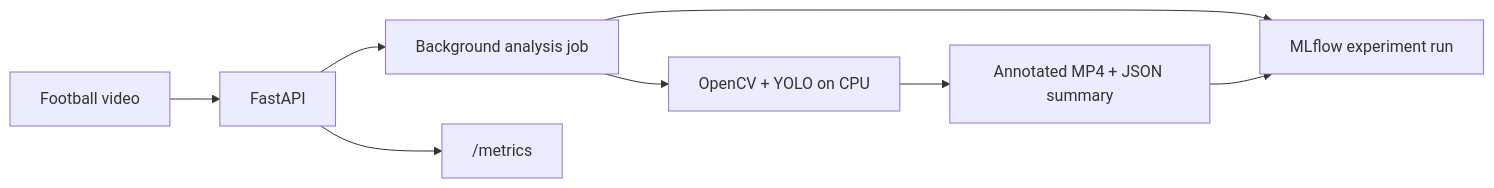
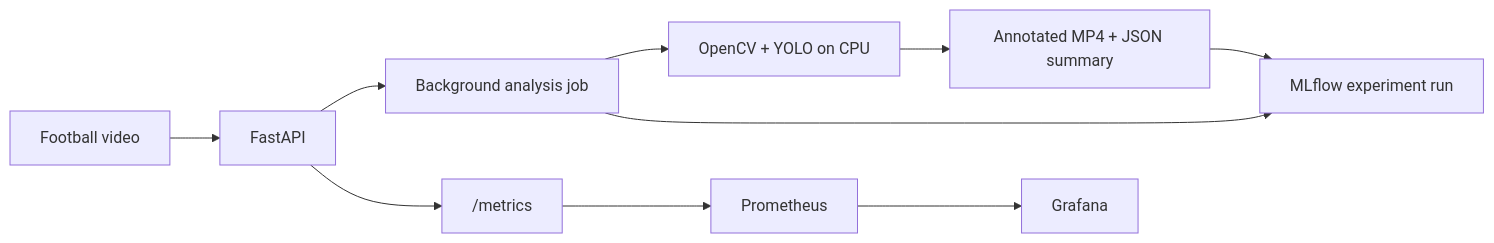
The diagram in README.md (farah-ben-harb/footballmatch-ai-platform-mlops), drawn with Mermaid before and after one commit. The commit also changed other lines of this file and 11 other files, not shown here.

First line of the commit message:
feat(obs): add lightweight Prometheus and Grafana (#20)

````diff
--- a/README.md
+++ b/README.md
@@ -32,10 +32,12 @@
 ```mermaid
 flowchart LR
     V[Football video] --> A[FastAPI]
     A --> J[Background analysis job]
     J --> CV[OpenCV + YOLO on CPU]
     CV --> O[Annotated MP4 + JSON summary]
     J --> M[MLflow experiment run]
     O --> M
     A --> P["/metrics"]
+    P --> PM[Prometheus]
+    PM --> GF[Grafana]
 ```
````
